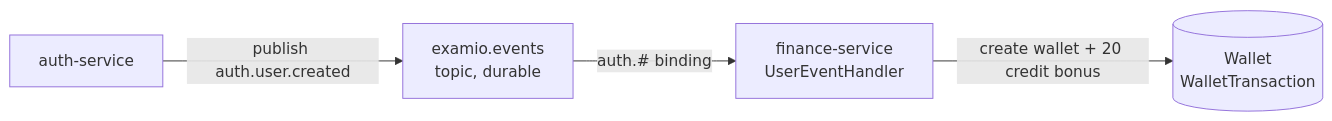
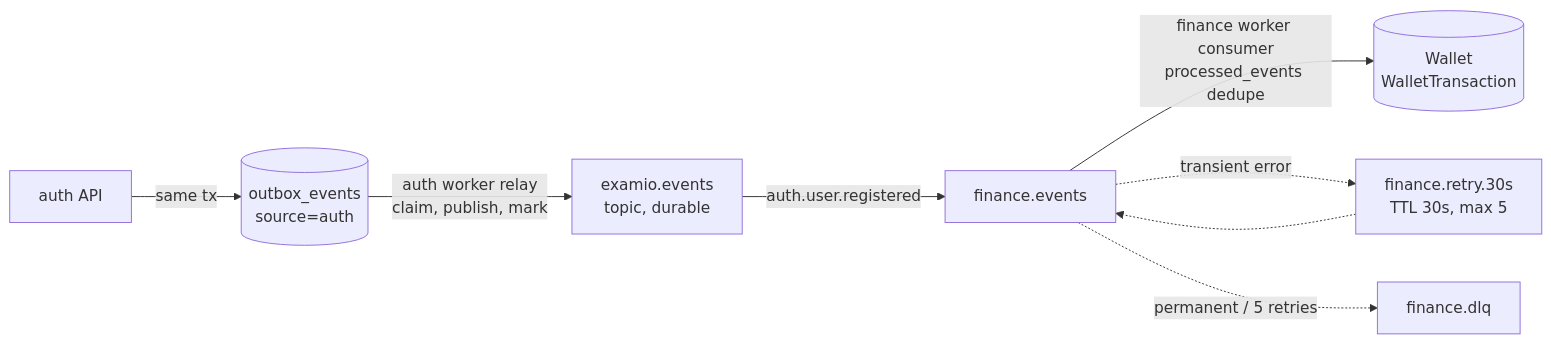
The fourth of 8 diagrams in docs/system/architecture.md (tgiap04/examio), drawn with Mermaid before and after one commit. The commit also changed other lines of this file and 10 other files, not shown here.

````diff
--- a/docs/system/architecture.md
+++ b/docs/system/architecture.md
@@ -115,6 +115,10 @@
 ```mermaid
 graph LR
-    AUTH[auth-service] -->|publish auth.user.created| EXCHANGE[examio.events<br/>topic, durable]
-    EXCHANGE -->|auth.# binding| FIN[finance-service<br/>UserEventHandler]
-    FIN -->|create wallet + 20 credit bonus| WALLET[(Wallet<br/>WalletTransaction)]
+    AUTH[auth API] -->|same tx| OUTBOX[(outbox_events<br/>source=auth)]
+    OUTBOX -->|auth worker relay<br/>claim, publish, mark| EXCHANGE[examio.events<br/>topic, durable]
+    EXCHANGE -->|auth.user.registered| FQ[finance.events]
+    FQ -->|finance worker consumer<br/>processed_events dedupe| WALLET[(Wallet<br/>WalletTransaction)]
+    FQ -.->|transient error| RETRY[finance.retry.30s<br/>TTL 30s, max 5]
+    RETRY -.-> FQ
+    FQ -.->|permanent / 5 retries| DLQ[finance.dlq]
 ```
````
